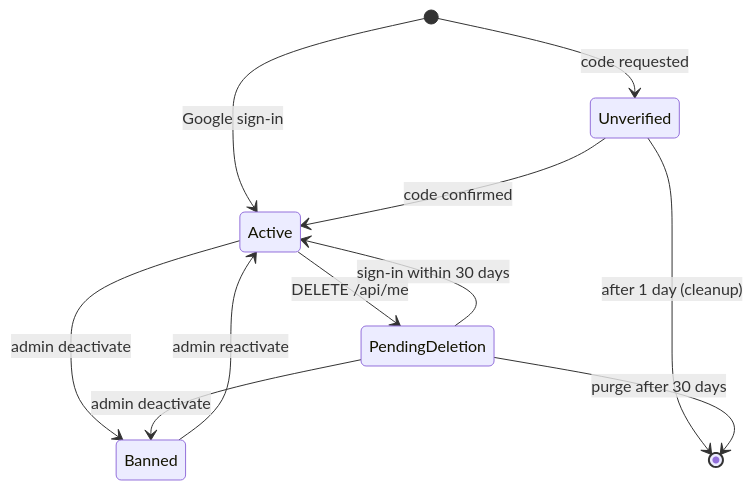
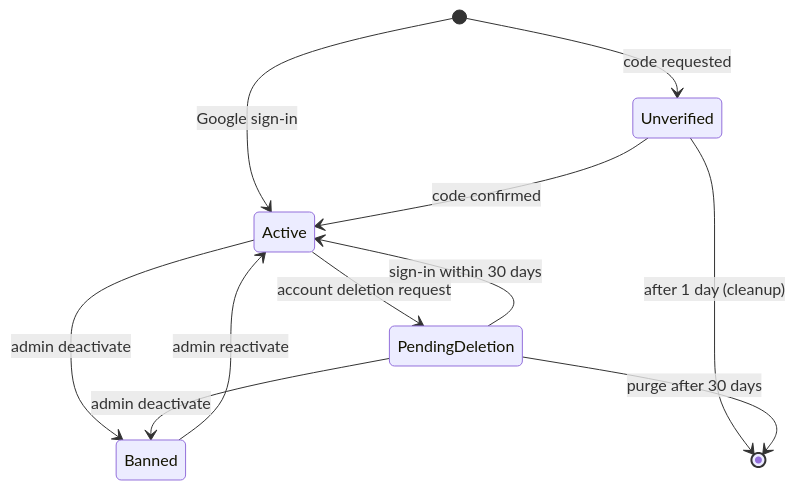
Before and after one commit to alexcastrodev/shortener: the diagram in wiki/accounts-and-auth.md, drawn with Mermaid. The commit also changed other lines of this file and 13 other files, not shown here.

````diff
--- a/wiki/accounts-and-auth.md
+++ b/wiki/accounts-and-auth.md
@@ -228,13 +219,13 @@
 ```mermaid
 stateDiagram-v2
   [*] --> Unverified: code requested
   [*] --> Active: Google sign-in
   Unverified --> Active: code confirmed
   Unverified --> [*]: after 1 day (cleanup)
   Active --> Banned: admin deactivate
   Banned --> Active: admin reactivate
-  Active --> PendingDeletion: DELETE /api/me
+  Active --> PendingDeletion: account deletion request
   PendingDeletion --> Active: sign-in within 30 days
   PendingDeletion --> Banned: admin deactivate
   PendingDeletion --> [*]: purge after 30 days
 ```
````
